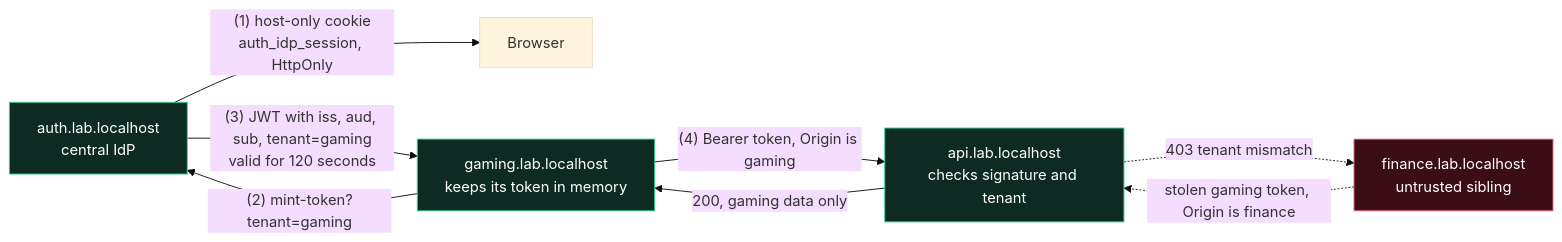
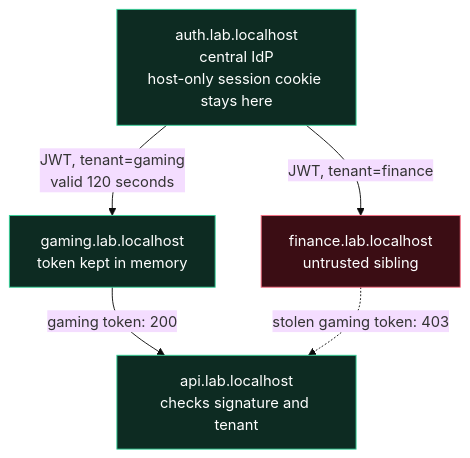
The second of 2 diagrams in README.md (ZeeshanAdilButt/backend-security-challenges), drawn with Mermaid (base theme) before and after one commit. The commit also changed other lines of this file, not shown here.

Commit message:
Lay out README diagrams top-down so they stay readable

````diff
--- a/README.md
+++ b/README.md
@@ -67,21 +67,17 @@
 ```mermaid
-flowchart LR
-    U["Browser"]
-    A["auth.lab.localhost<br/>central IdP"]
-    G["gaming.lab.localhost<br/>keeps its token in memory"]
+flowchart TD
+    A["auth.lab.localhost<br/>central IdP<br/>host-only session cookie stays here"]
+    G["gaming.lab.localhost<br/>token kept in memory"]
     F["finance.lab.localhost<br/>untrusted sibling"]
     API["api.lab.localhost<br/>checks signature and tenant"]
 
-    A -- "(1) host-only cookie<br/>auth_idp_session, HttpOnly" --> U
-    G -- "(2) mint-token?tenant=gaming" --> A
-    A -- "(3) JWT with iss, aud, sub, tenant=gaming<br/>valid for 120 seconds" --> G
-    G -- "(4) Bearer token, Origin is gaming" --> API
-    API -- "200, gaming data only" --> G
-    F -. "stolen gaming token, Origin is finance" .-> API
-    API -. "403 tenant mismatch" .-> F
+    A -- "JWT, tenant=gaming<br/>valid 120 seconds" --> G
+    A -- "JWT, tenant=finance" --> F
+    G -- "gaming token: 200" --> API
+    F -. "stolen gaming token: 403" .-> API
 
     classDef bad fill:#3b0d14,stroke:#fb7185,color:#ffffff
     classDef ok fill:#0d2b22,stroke:#34d399,color:#ffffff
     class F bad
     class A,G,API ok
 ```
````
